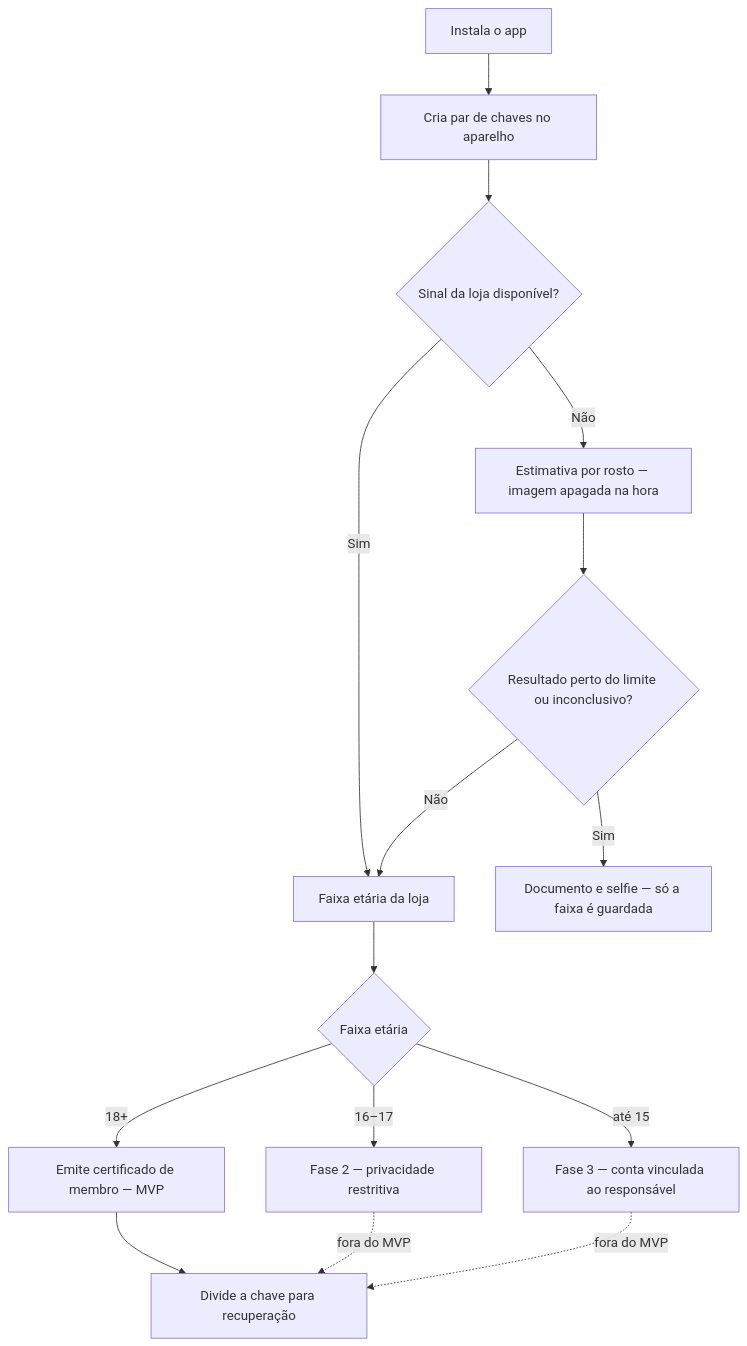
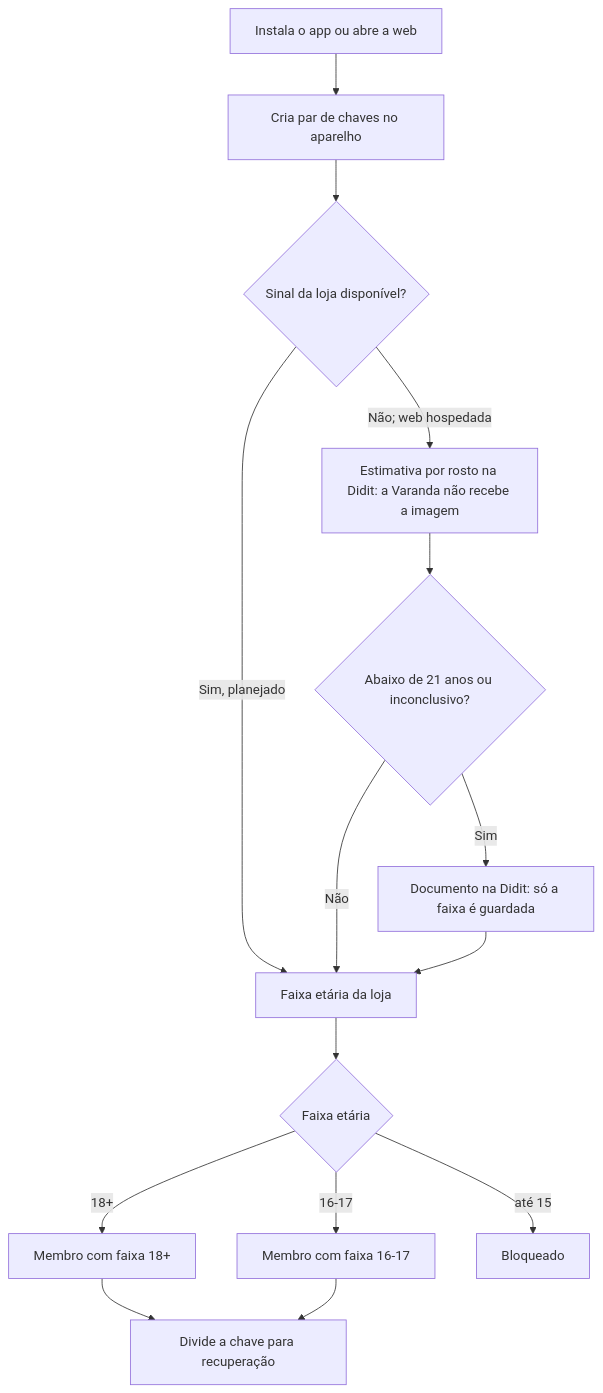
One commit to Varanda-org/varanda changed the second of 3 diagrams in docs/design.md. Above: the diagram before and after it, drawn with Mermaid. The commit also changed other lines of this file and 41 other files, not shown here.

````diff
--- a/docs/design.md
+++ b/docs/design.md
@@ -168,17 +172,17 @@
 ```mermaid
 flowchart TD
-  A[Instala o app] --> B[Cria par de chaves no aparelho]
+  A[Instala o app ou abre a web] --> B[Cria par de chaves no aparelho]
   B --> C{Sinal da loja disponível?}
-  C -->|Sim| D[Faixa etária da loja]
-  C -->|Não| E[Estimativa por rosto — imagem apagada na hora]
-  E --> F{Resultado perto do limite ou inconclusivo?}
-  F -->|Sim| G[Documento e selfie — só a faixa é guardada]
+  C -->|Sim, planejado| D[Faixa etária da loja]
+  C -->|Não; web hospedada| E[Estimativa por rosto na Didit: a Varanda não recebe a imagem]
+  E --> F{Abaixo de 21 anos ou inconclusivo?}
+  F -->|Sim| G[Documento na Didit: só a faixa é guardada]
   F -->|Não| D
+  G --> D
   D --> H{Faixa etária}
-  H -->|18+| I[Emite certificado de membro — MVP]
-  H -->|16–17| J[Fase 2 — privacidade restritiva]
-  H -->|até 15| K[Fase 3 — conta vinculada ao responsável]
+  H -->|18+| I[Membro com faixa 18+]
+  H -->|16-17| J[Membro com faixa 16-17]
+  H -->|até 15| K[Bloqueado]
   I --> L[Divide a chave para recuperação]
-  J -.->|fora do MVP| L
-  K -.->|fora do MVP| L
+  J --> L
 ```
````
